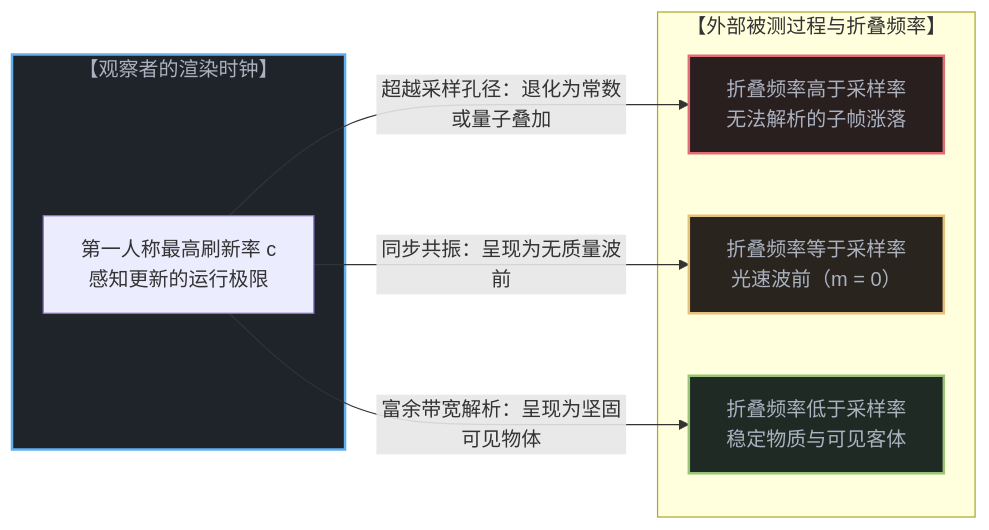
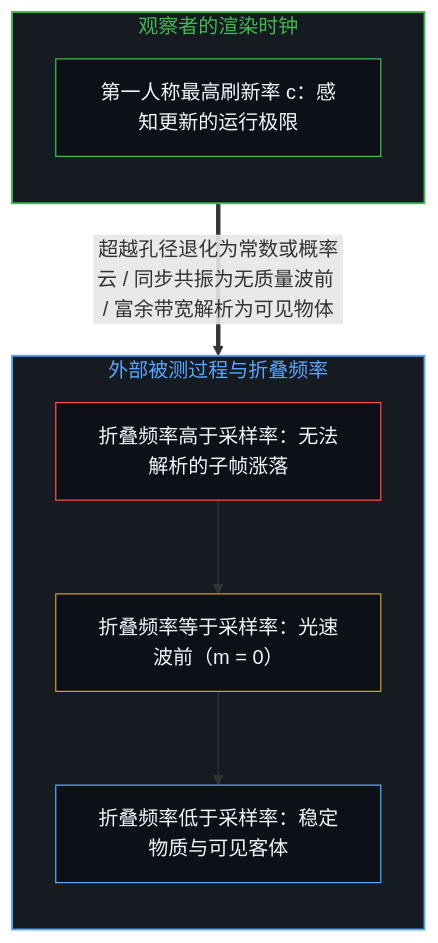
The third of 10 diagrams in content/posts/the-velocity-of-visibility.md (powerpig99/not-a-toe), drawn with Mermaid before and after one commit. The commit also changed other lines of this file and 23 other files, not shown here.

````diff
--- a/content/posts/the-velocity-of-visibility.md
+++ b/content/posts/the-velocity-of-visibility.md
@@ -87,21 +73,24 @@
 ```mermaid
-graph LR
-    subgraph ObserverFrame["【观察者的渲染时钟】"]
-        SamplingRate["第一人称最高刷新率 c<br>感知更新的运行极限"]
+flowchart TD
+    subgraph S_Observer["观察者的渲染时钟"]
+        direction TB
+        SamplingRate["第一人称最高刷新率 c：感知更新的运行极限"]
     end
 
-    subgraph ExternalPhenomena["【外部被测过程与折叠频率】"]
-        FasterThanC["折叠频率高于采样率<br>无法解析的子帧涨落"]
-        EqualC["折叠频率等于采样率<br>光速波前（m = 0）"]
-        SlowerThanC["折叠频率低于采样率<br>稳定物质与可见客体"]
+    subgraph S_External["外部被测过程与折叠频率"]
+        direction TB
+        FasterThanC["折叠频率高于采样率：无法解析的子帧涨落"]
+        EqualC["折叠频率等于采样率：光速波前（m = 0）"]
+        SlowerThanC["折叠频率低于采样率：稳定物质与可见客体"]
+        FasterThanC --> EqualC --> SlowerThanC
     end
 
-    SamplingRate -->|"超越采样孔径：退化为常数或量子叠加"| FasterThanC
-    SamplingRate -->|"同步共振：呈现为无质量波前"| EqualC
-    SamplingRate -->|"富余带宽解析：呈现为坚固可见物体"| SlowerThanC
+    SamplingRate ==>|"超越孔径退化为常数或概率云 / 同步共振为无质量波前 / 富余带宽解析为可见物体"| FasterThanC
 
-    style ObserverFrame fill:#1f242a,stroke:#61afef,stroke-width:2px,color:#abb2bf
-    style SlowerThanC fill:#1f2a24,stroke:#98c379,stroke-width:2px,color:#abb2bf
-    style FasterThanC fill:#2a1f1f,stroke:#e06c75,stroke-width:2px,color:#abb2bf
-    style EqualC fill:#2a241f,stroke:#e5c07b,stroke-width:2px,color:#abb2bf
+    style S_Observer fill:#161b22,stroke:#3fb950,stroke-width:1.5px,color:#3fb950
+    style S_External fill:#161b22,stroke:#58a6ff,stroke-width:1.5px,color:#58a6ff
+    style SamplingRate fill:#0d1117,stroke:#3fb950,stroke-width:1px,color:#f0f6fc
+    style FasterThanC fill:#0d1117,stroke:#f85149,stroke-width:1px,color:#f0f6fc
+    style EqualC fill:#0d1117,stroke:#d29922,stroke-width:1px,color:#f0f6fc
+    style SlowerThanC fill:#0d1117,stroke:#58a6ff,stroke-width:1px,color:#f0f6fc
 ```
````
